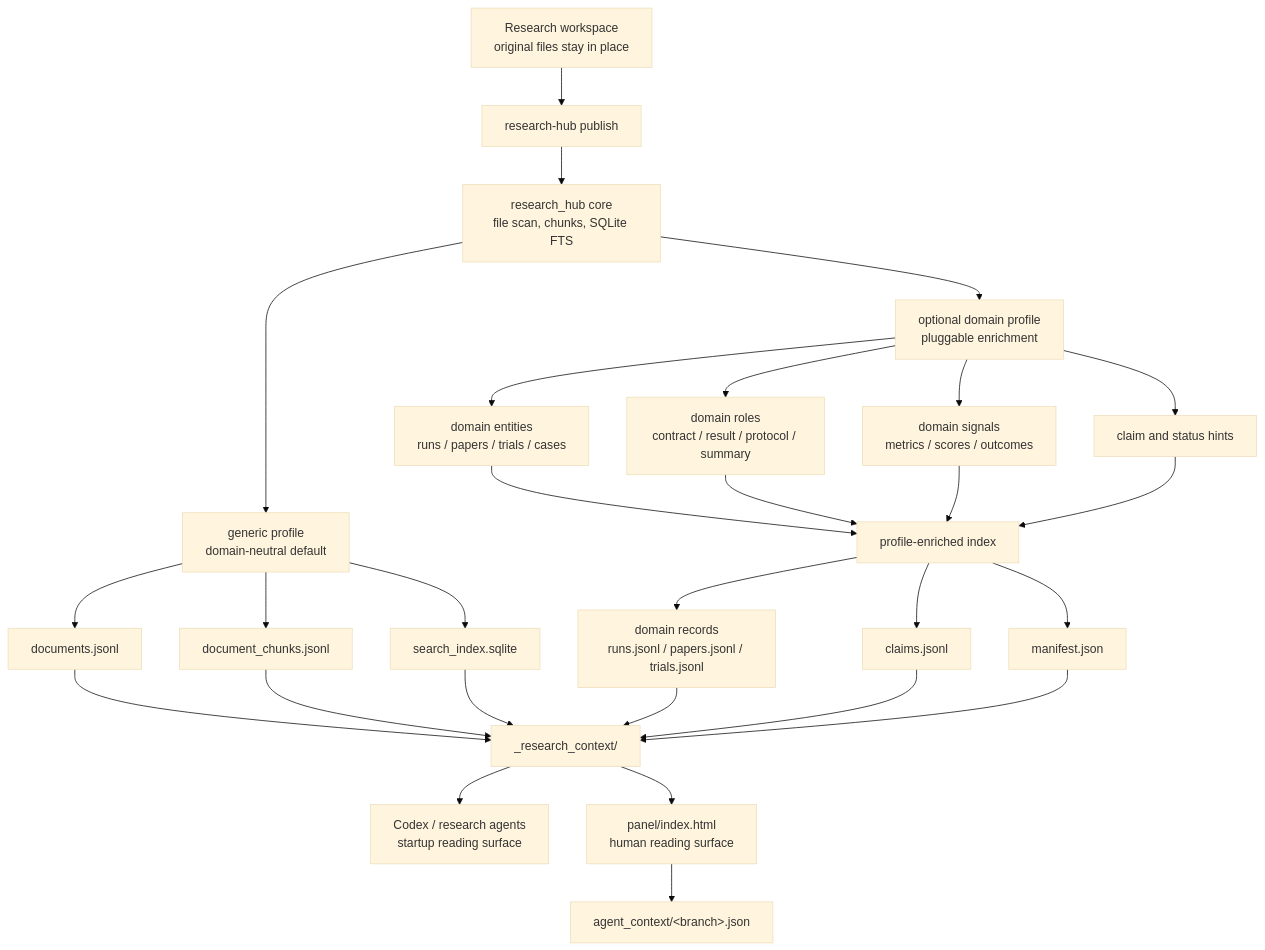
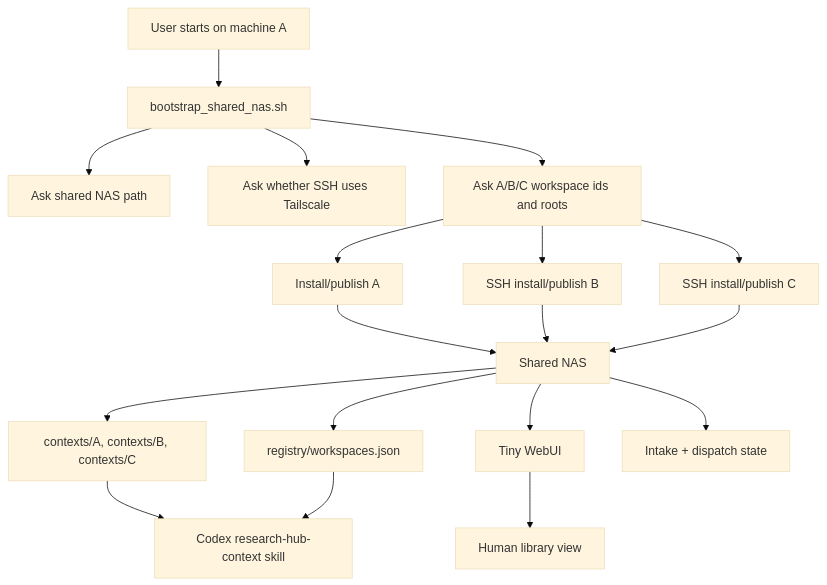
The diagram in README.md (UTurtle/research-hub-skills), drawn with Mermaid (base theme) before and after one commit. The commit also changed other lines of this file, not shown here.

Commit message:
Rewrite README for shared NAS workflow

````diff
--- a/README.md
+++ b/README.md
@@ -38,37 +51,24 @@
 ```mermaid
 flowchart TD
-    WS["Research workspace<br/>original files stay in place"] --> IDX["research-hub publish"]
-    IDX --> CORE["research_hub core<br/>file scan, chunks, SQLite FTS"]
+    User["User starts on machine A"] --> Boot["bootstrap_shared_nas.sh"]
+    Boot --> AskNAS["Ask shared NAS path"]
+    Boot --> AskTail["Ask whether SSH uses Tailscale"]
+    Boot --> AskWS["Ask A/B/C workspace ids and roots"]
 
-    CORE --> GEN["generic profile<br/>domain-neutral default"]
-    CORE --> PROF["optional domain profile<br/>pluggable enrichment"]
+    AskWS --> InstallA["Install/publish A"]
+    AskWS --> SSHB["SSH install/publish B"]
+    AskWS --> SSHC["SSH install/publish C"]
 
-    GEN --> G1["documents.jsonl"]
-    GEN --> G2["document_chunks.jsonl"]
-    GEN --> G3["search_index.sqlite"]
+    InstallA --> NAS["Shared NAS"]
+    SSHB --> NAS
+    SSHC --> NAS
 
-    PROF --> P1["domain entities<br/>runs / papers / trials / cases"]
-    PROF --> P2["domain roles<br/>contract / result / protocol / summary"]
-    PROF --> P3["domain signals<br/>metrics / scores / outcomes"]
-    PROF --> P4["claim and status hints"]
+    NAS --> Registry["registry/workspaces.json"]
+    NAS --> Contexts["contexts/A, contexts/B, contexts/C"]
+    NAS --> Panel["Tiny WebUI"]
+    NAS --> Intake["Intake + dispatch state"]
 
-    P1 --> EOUT["profile-enriched index"]
-    P2 --> EOUT
-    P3 --> EOUT
-    P4 --> EOUT
-
-    EOUT --> R1["domain records<br/>runs.jsonl / papers.jsonl / trials.jsonl"]
-    EOUT --> R2["claims.jsonl"]
-    EOUT --> R3["manifest.json"]
-
-    G1 --> CTX["_research_context/"]
-    G2 --> CTX
-    G3 --> CTX
-    R1 --> CTX
-    R2 --> CTX
-    R3 --> CTX
-
-    CTX --> AGENT["Codex / research agents<br/>startup reading surface"]
-    CTX --> PANEL["panel/index.html<br/>human reading surface"]
-    PANEL --> PACKS["agent_context/&lt;branch&gt;.json"]
+    Contexts --> Agent["Codex research-hub-context skill"]
+    Registry --> Agent
+    Panel --> Human["Human library view"]
 ```
````
